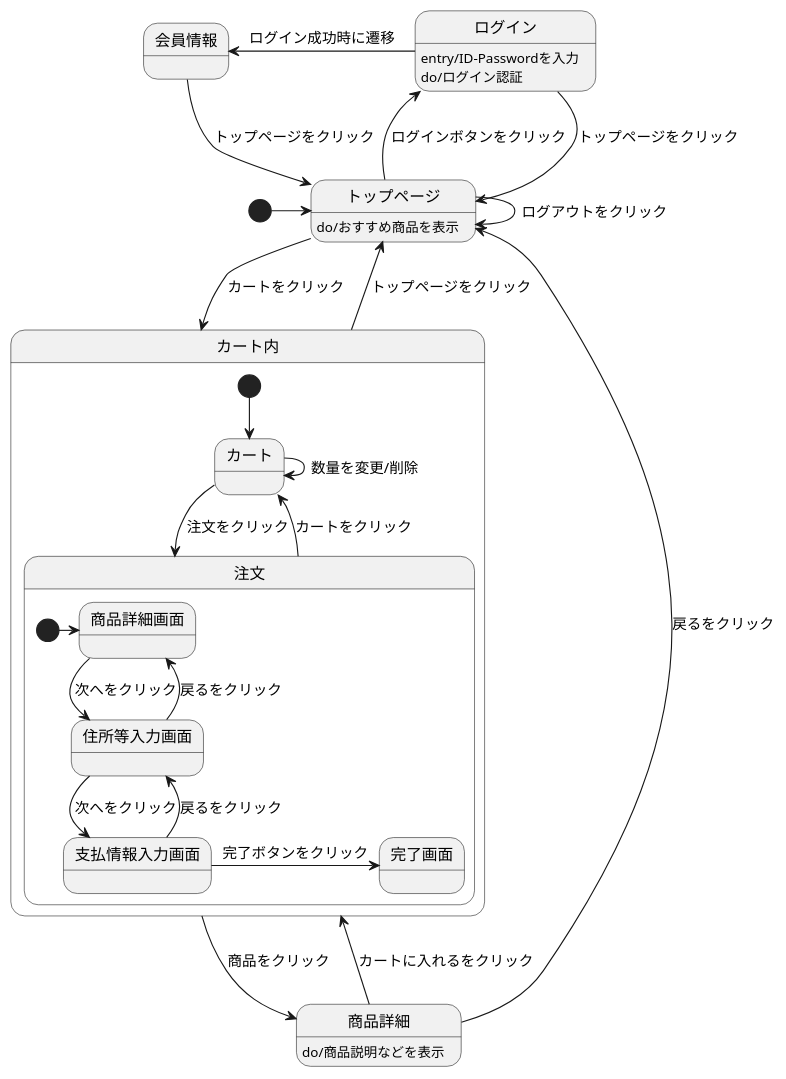
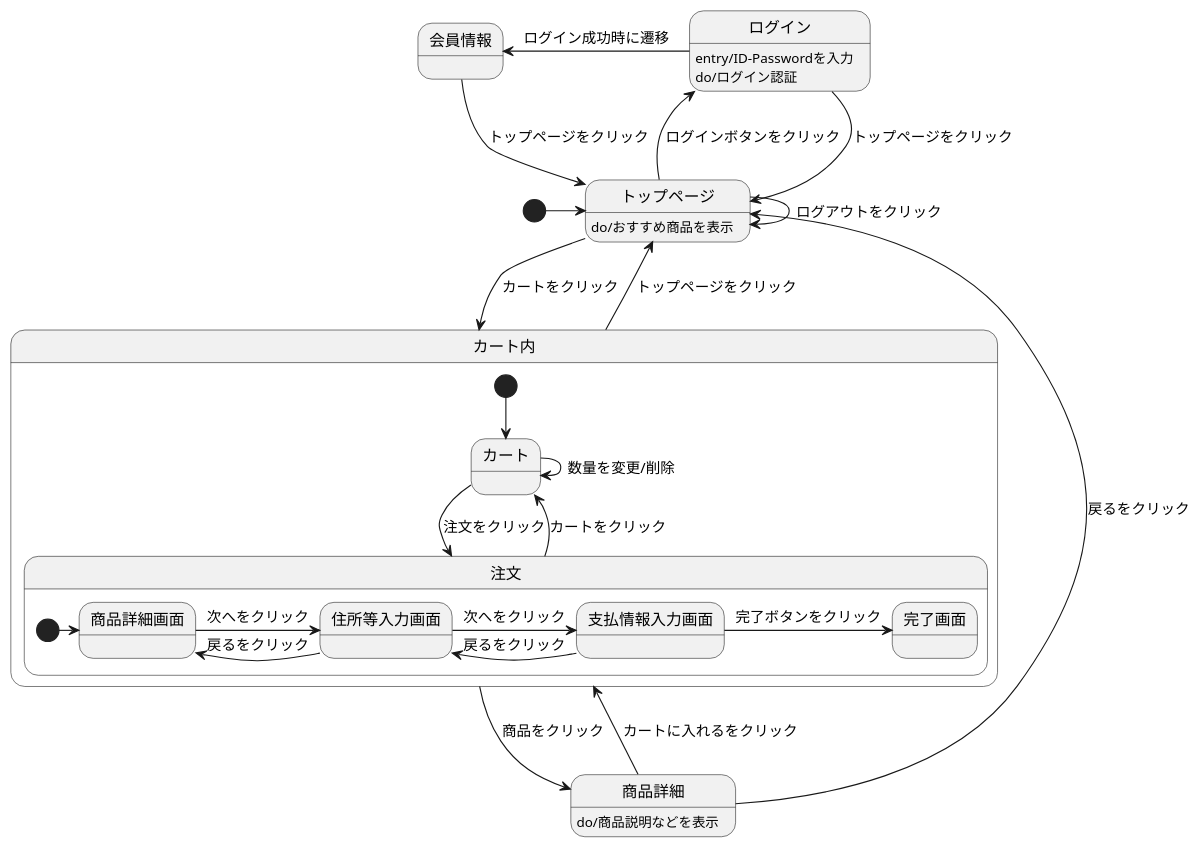
The diagram in orijinal.stw.md (Aso2101121/2021sys-design-2), drawn with PlantUML before and after one commit.

````diff
--- a/orijinal.stw.md
+++ b/orijinal.stw.md
@@ -1,34 +1,34 @@
 ```uml
 @startuml
 [*] -> トップページ
 トップページ : do/おすすめ商品を表示
 会員情報 --> トップページ : トップページをクリック
 ログイン --> トップページ : トップページをクリック
 トップページ --> トップページ : ログアウトをクリック
 トップページ -left-> ログイン : ログインボタンをクリック
 ログイン -left-> 会員情報 : ログイン成功時に遷移
 ログイン : entry/ID-Passwordを入力
 ログイン : do/ログイン認証
 トップページ --> カート内 : カートをクリック
 商品詳細 --> カート内 : カートに入れるをクリック
 商品詳細 --> トップページ : 戻るをクリック
 商品詳細 : do/商品説明などを表示
 カート内 -up-> トップページ : トップページをクリック
 カート内 -> 商品詳細 : 商品をクリック
 
 state カート内{
  [*] --> カート
  カート -> 注文 : 注文をクリック
  カート -> カート : 数量を変更/削除
  注文 --> カート : カートをクリック
  state 注文{
   [*] -> 商品詳細画面
   商品詳細画面 -> 住所等入力画面 : 次へをクリック
-  住所等入力画面 --> 商品詳細画面 : 戻るをクリック
+  住所等入力画面 -> 商品詳細画面 : 戻るをクリック
   住所等入力画面 -> 支払情報入力画面 : 次へをクリック
-  支払情報入力画面 --> 住所等入力画面 : 戻るをクリック
+  支払情報入力画面 -> 住所等入力画面 : 戻るをクリック
   支払情報入力画面 -> 完了画面 : 完了ボタンをクリック
  }
 }
 @enduml
 ```
````
